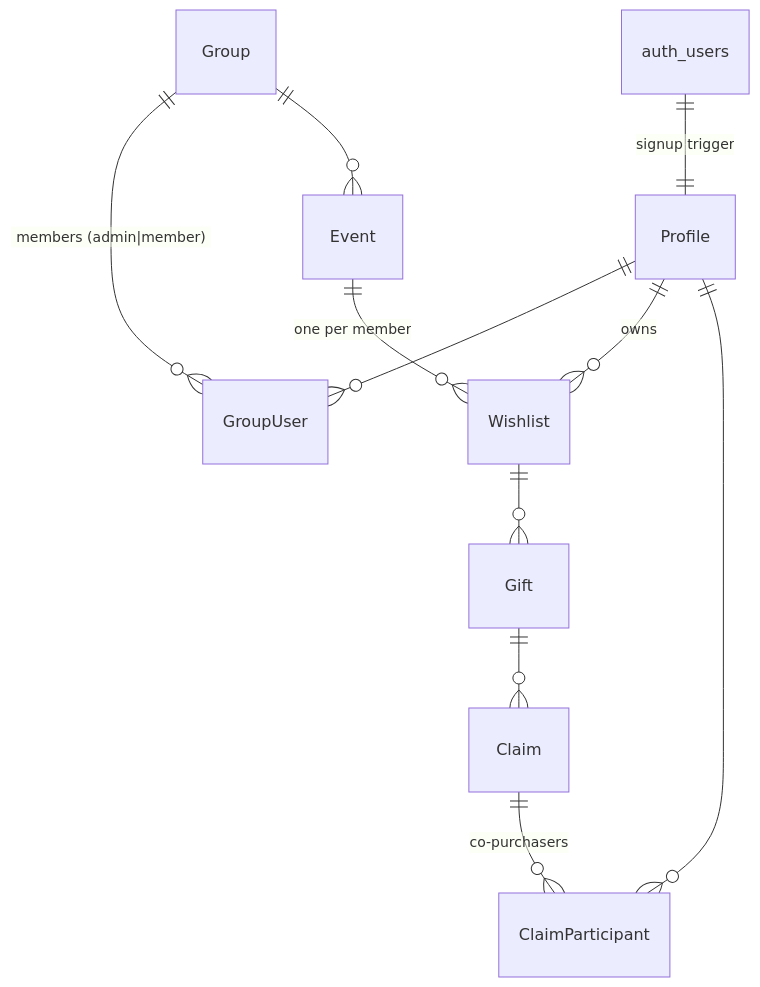
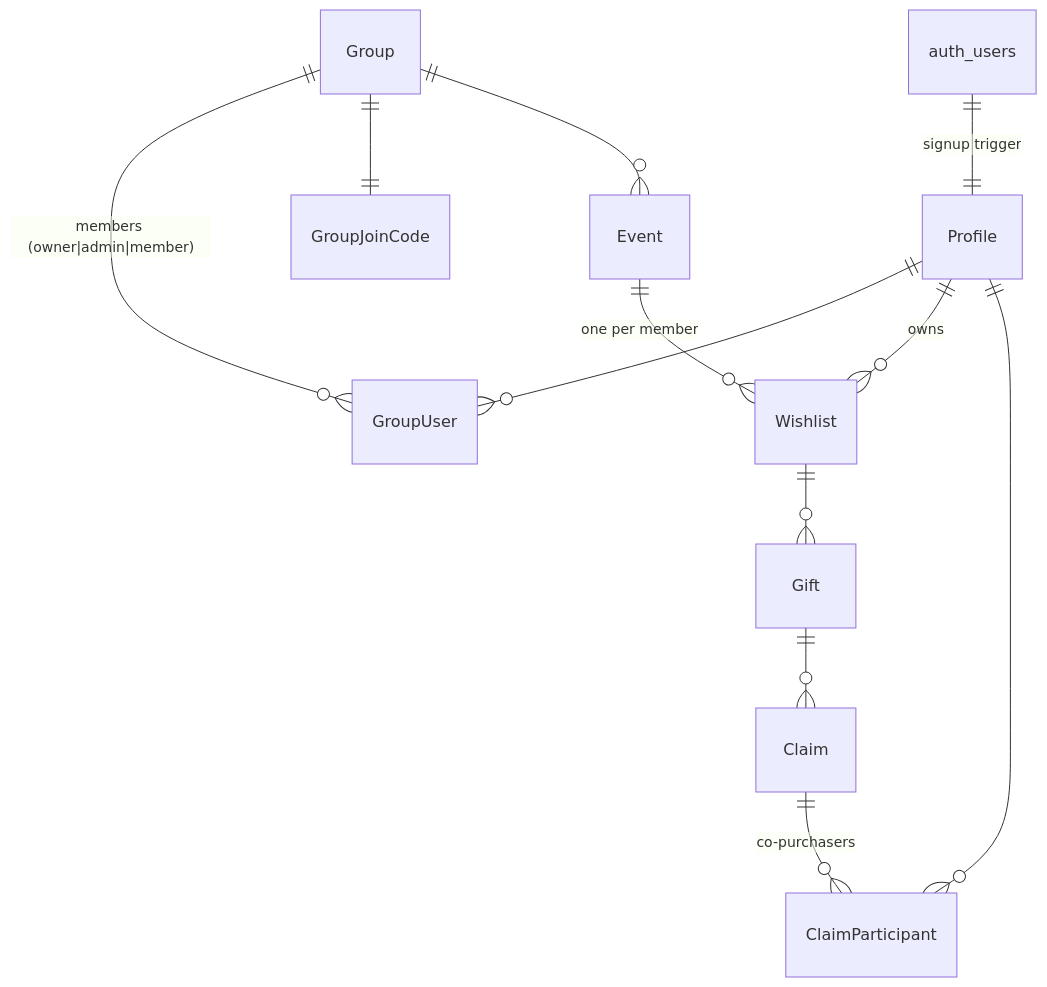
Before and after one commit to colllten/giftloop: the diagram in docs/DATABASE.md, drawn with Mermaid. The commit also changed other lines of this file and 64 other files, not shown here.

````diff
--- a/docs/DATABASE.md
+++ b/docs/DATABASE.md
@@ -14,13 +14,14 @@
 ```mermaid
 erDiagram
   auth_users ||--|| Profile : "signup trigger"
   Profile ||--o{ GroupUser : ""
-  Group ||--o{ GroupUser : "members (admin|member)"
+  Group ||--o{ GroupUser : "members (owner|admin|member)"
+  Group ||--|| GroupJoinCode : ""
   Group ||--o{ Event : ""
   Event ||--o{ Wishlist : "one per member"
   Profile ||--o{ Wishlist : owns
   Wishlist ||--o{ Gift : ""
   Gift ||--o{ Claim : ""
   Claim ||--o{ ClaimParticipant : "co-purchasers"
   Profile ||--o{ ClaimParticipant : ""
 ```
````
